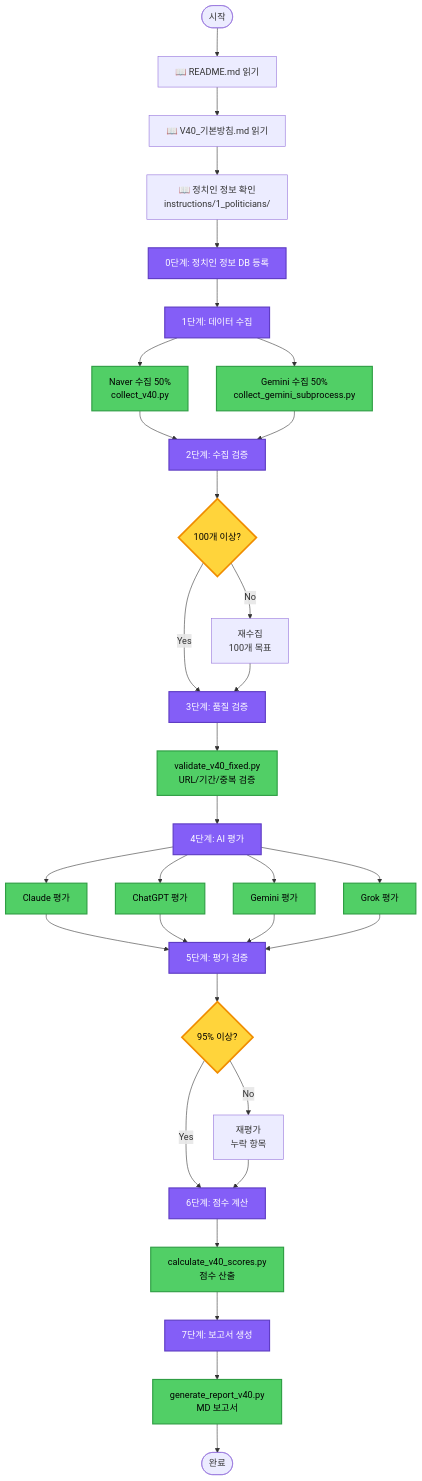
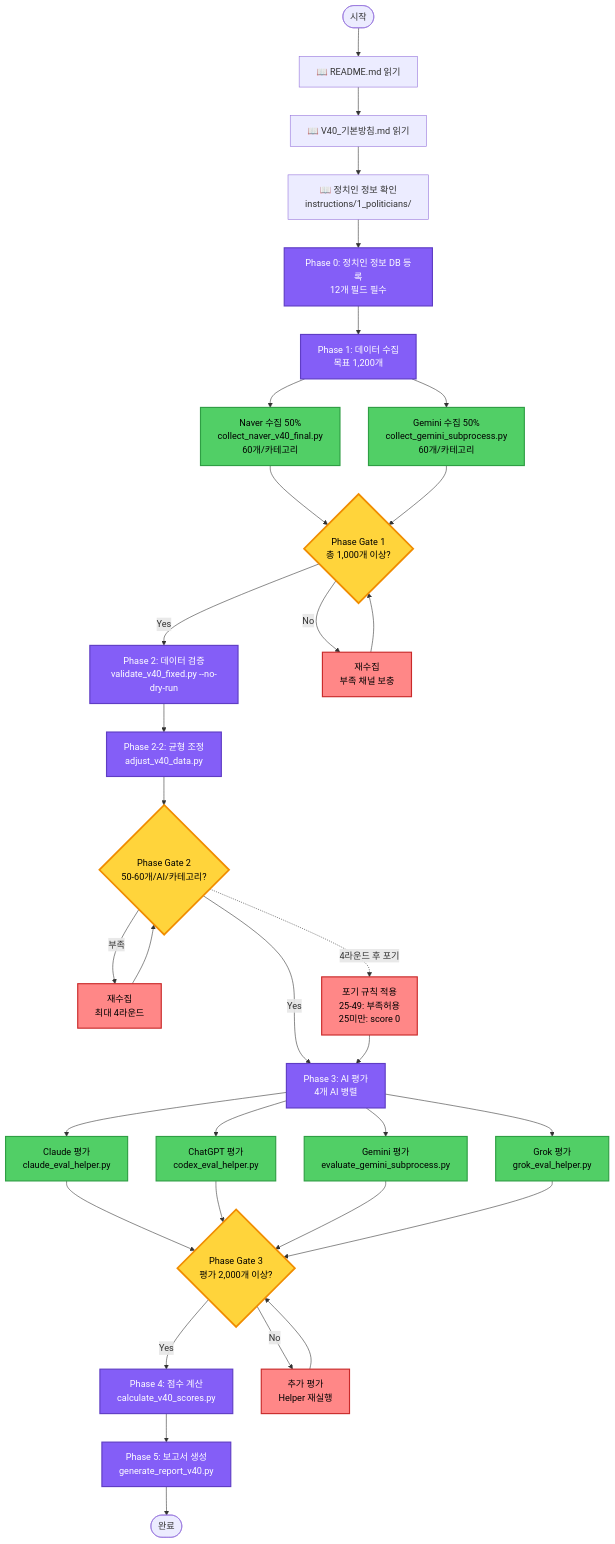
Before and after one commit to SUNWOONGKYU/PoliticianFinder: the second of 2 diagrams in 0-3_AI_Evaluation_Engine/설계문서_V7.0/V40/V40_문서_관계도.md, drawn with Mermaid. The commit also changed other lines of this file and 82 other files, not shown here.

````diff
--- a/0-3_AI_Evaluation_Engine/설계문서_V7.0/V40/V40_문서_관계도.md
+++ b/0-3_AI_Evaluation_Engine/설계문서_V7.0/V40/V40_문서_관계도.md
@@ -91,53 +105,56 @@
 ```mermaid
 flowchart TD
     START([시작]) --> README_READ[📖 README.md 읽기]
     README_READ --> BASIC_READ[📖 V40_기본방침.md 읽기]
     BASIC_READ --> POL_INFO[📖 정치인 정보 확인<br/>instructions/1_politicians/]
 
-    POL_INFO --> STEP0[0단계: 정치인 정보 DB 등록]
+    POL_INFO --> PHASE0[Phase 0: 정치인 정보 DB 등록<br/>12개 필드 필수]
 
-    STEP0 --> STEP1[1단계: 데이터 수집]
-    STEP1 --> COLLECT_NAVER[Naver 수집 50%<br/>collect_v40.py]
-    STEP1 --> COLLECT_GEMINI[Gemini 수집 50%<br/>collect_gemini_subprocess.py]
+    PHASE0 --> PHASE1[Phase 1: 데이터 수집<br/>목표 1,200개]
+    PHASE1 --> COLLECT_NAVER[Naver 수집 50%<br/>collect_naver_v40_final.py<br/>60개/카테고리]
+    PHASE1 --> COLLECT_GEMINI[Gemini 수집 50%<br/>collect_gemini_subprocess.py<br/>60개/카테고리]
 
-    COLLECT_NAVER --> STEP2[2단계: 수집 검증]
-    COLLECT_GEMINI --> STEP2
-    STEP2 --> CHECK_100{100개 이상?}
+    COLLECT_NAVER --> GATE1{Phase Gate 1<br/>총 1,000개 이상?}
+    COLLECT_GEMINI --> GATE1
 
-    CHECK_100 -->|Yes| STEP3[3단계: 품질 검증]
-    CHECK_100 -->|No| RECOLLECT[재수집<br/>100개 목표]
-    RECOLLECT --> STEP3
+    GATE1 -->|Yes| PHASE2[Phase 2: 데이터 검증<br/>validate_v40_fixed.py --no-dry-run]
+    GATE1 -->|No| RECOLLECT1[재수집<br/>부족 채널 보충]
+    RECOLLECT1 --> GATE1
 
-    STEP3 --> VALIDATE_RUN[validate_v40_fixed.py<br/>URL/기간/중복 검증]
-    VALIDATE_RUN --> STEP4[4단계: AI 평가]
+    PHASE2 --> PHASE22[Phase 2-2: 균형 조정<br/>adjust_v40_data.py]
+    PHASE22 --> GATE2{Phase Gate 2<br/>50-60개/AI/카테고리?}
 
-    STEP4 --> EVAL_CLAUDE[Claude 평가]
-    STEP4 --> EVAL_CHATGPT[ChatGPT 평가]
-    STEP4 --> EVAL_GEMINI[Gemini 평가]
-    STEP4 --> EVAL_GROK[Grok 평가]
+    GATE2 -->|Yes| PHASE3[Phase 3: AI 평가<br/>4개 AI 병렬]
+    GATE2 -->|부족| RECOLLECT2[재수집<br/>최대 4라운드]
+    RECOLLECT2 --> GATE2
+    GATE2 -.->|4라운드 후 포기| GIVEUP[포기 규칙 적용<br/>25-49: 부족허용<br/>25미만: score 0]
+    GIVEUP --> PHASE3
 
-    EVAL_CLAUDE --> STEP5[5단계: 평가 검증]
-    EVAL_CHATGPT --> STEP5
-    EVAL_GEMINI --> STEP5
-    EVAL_GROK --> STEP5
+    PHASE3 --> EVAL_CLAUDE[Claude 평가<br/>claude_eval_helper.py]
+    PHASE3 --> EVAL_CHATGPT[ChatGPT 평가<br/>codex_eval_helper.py]
+    PHASE3 --> EVAL_GEMINI[Gemini 평가<br/>evaluate_gemini_subprocess.py]
+    PHASE3 --> EVAL_GROK[Grok 평가<br/>grok_eval_helper.py]
 
-    STEP5 --> CHECK_95{95% 이상?}
-    CHECK_95 -->|Yes| STEP6[6단계: 점수 계산]
-    CHECK_95 -->|No| REEVAL[재평가<br/>누락 항목]
-    REEVAL --> STEP6
+    EVAL_CLAUDE --> GATE3{Phase Gate 3<br/>평가 2,000개 이상?}
+    EVAL_CHATGPT --> GATE3
+    EVAL_GEMINI --> GATE3
+    EVAL_GROK --> GATE3
 
-    STEP6 --> CALC_RUN[calculate_v40_scores.py<br/>점수 산출]
-    CALC_RUN --> STEP7[7단계: 보고서 생성]
+    GATE3 -->|Yes| PHASE4[Phase 4: 점수 계산<br/>calculate_v40_scores.py]
+    GATE3 -->|No| REEVAL[추가 평가<br/>Helper 재실행]
+    REEVAL --> GATE3
 
-    STEP7 --> REPORT_RUN[generate_report_v40.py<br/>MD 보고서]
-    REPORT_RUN --> END([완료])
+    PHASE4 --> PHASE5[Phase 5: 보고서 생성<br/>generate_report_v40.py]
+    PHASE5 --> END([완료])
 
     %% 스타일
-    classDef stepClass fill:#845ef7,stroke:#5f3dc4,stroke-width:2px,color:#fff
+    classDef phaseClass fill:#845ef7,stroke:#5f3dc4,stroke-width:2px,color:#fff
     classDef scriptClass fill:#51cf66,stroke:#2f9e44,stroke-width:2px,color:#000
-    classDef checkClass fill:#ffd43b,stroke:#f08c00,stroke-width:3px,color:#000
+    classDef gateClass fill:#ffd43b,stroke:#f08c00,stroke-width:3px,color:#000
+    classDef warnClass fill:#ff8787,stroke:#c92a2a,stroke-width:2px,color:#000
 
-    class STEP0,STEP1,STEP2,STEP3,STEP4,STEP5,STEP6,STEP7 stepClass
-    class COLLECT_NAVER,COLLECT_GEMINI,VALIDATE_RUN,EVAL_CLAUDE,EVAL_CHATGPT,EVAL_GEMINI,EVAL_GROK,CALC_RUN,REPORT_RUN scriptClass
-    class CHECK_100,CHECK_95 checkClass
+    class PHASE0,PHASE1,PHASE2,PHASE22,PHASE3,PHASE4,PHASE5 phaseClass
+    class COLLECT_NAVER,COLLECT_GEMINI,EVAL_CLAUDE,EVAL_CHATGPT,EVAL_GEMINI,EVAL_GROK scriptClass
+    class GATE1,GATE2,GATE3 gateClass
+    class GIVEUP,RECOLLECT1,RECOLLECT2,REEVAL warnClass
 ```
````
